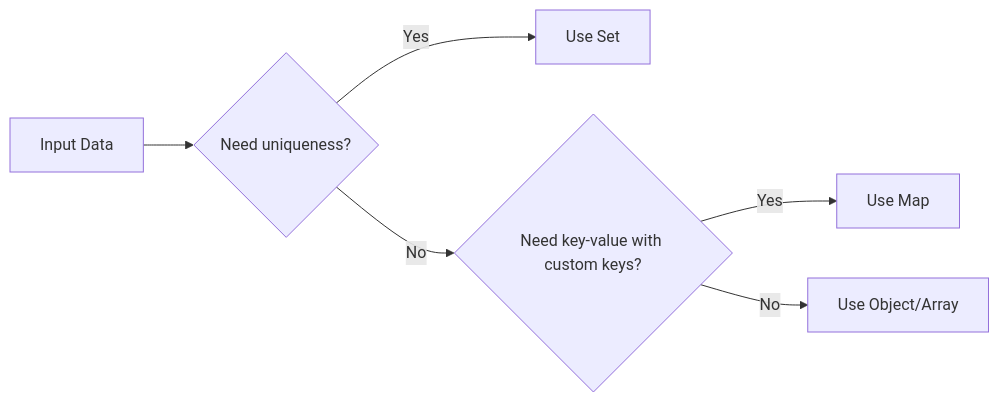
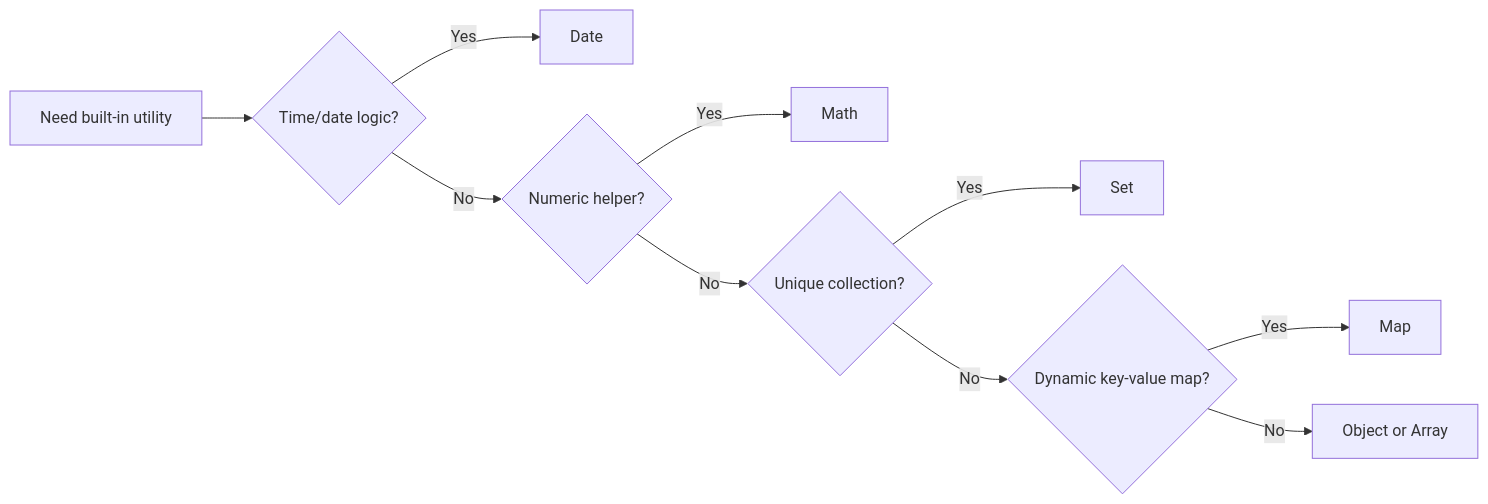
Diagram 45 of 49 in JavaScript-Beginners-Guide.md (AbhishekDhone7/javascript-git-basics), drawn with Mermaid before and after one commit. The commit also changed other lines of this file, not shown here.

Commit message:
corrected major patch in section 15 and 16 mermaid dig not rendering

````diff
--- a/JavaScript-Beginners-Guide.md
+++ b/JavaScript-Beginners-Guide.md
@@ -5611,8 +5444,12 @@
 ```mermaid
 flowchart LR
-A[Input Data] --> B{Need uniqueness?}
-B -- Yes --> C[Use Set]
-B -- No --> D{Need key-value with custom keys?}
-D -- Yes --> E[Use Map]
-D -- No --> F[Use Object/Array]
+A[Need built-in utility] --> B{Time/date logic?}
+B -- Yes --> C[Date]
+B -- No --> D{Numeric helper?}
+D -- Yes --> E[Math]
+D -- No --> F{Unique collection?}
+F -- Yes --> G[Set]
+F -- No --> H{Dynamic key-value map?}
+H -- Yes --> I[Map]
+H -- No --> J[Object or Array]
 ```
````
